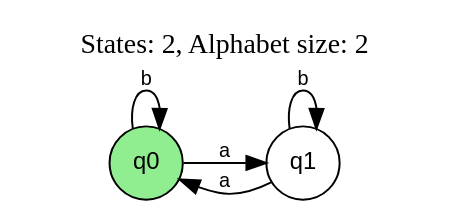
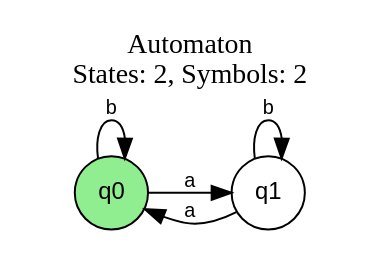
One commit to amosnyirenda123/fintom changed the diagram in examples/binary_operations/b.dot. Above: the diagram before and after it, drawn with Graphviz. The commit also changed 8 other files, not shown here.

```diff
--- a/examples/binary_operations/b.dot
+++ b/examples/binary_operations/b.dot
@@ -1,20 +1,19 @@
 digraph Automaton {
   // Automaton properties
   rankdir=LR;
   node [shape=circle, fontname="Arial", fontsize=12];
   edge [fontname="Arial", fontsize=10, color="black"];
-  // Metadata
-  label="States: 2, Alphabet size: 2";
+  label="Automaton\nStates: 2, Symbols: 2";
   labelloc=top;
   // Alphabet: "a", "b"
 
   // State declarations
   "q0" [style=filled, fillcolor=lightgreen, tooltip="2 transitions"];
   "q1" [fillcolor=white, tooltip="2 transitions"];
 
   // Transitions
   "q0" -> "q0" [label="b"];
   "q0" -> "q1" [label="a"];
   "q1" -> "q1" [label="b"];
   "q1" -> "q0" [label="a"];
 }
```
